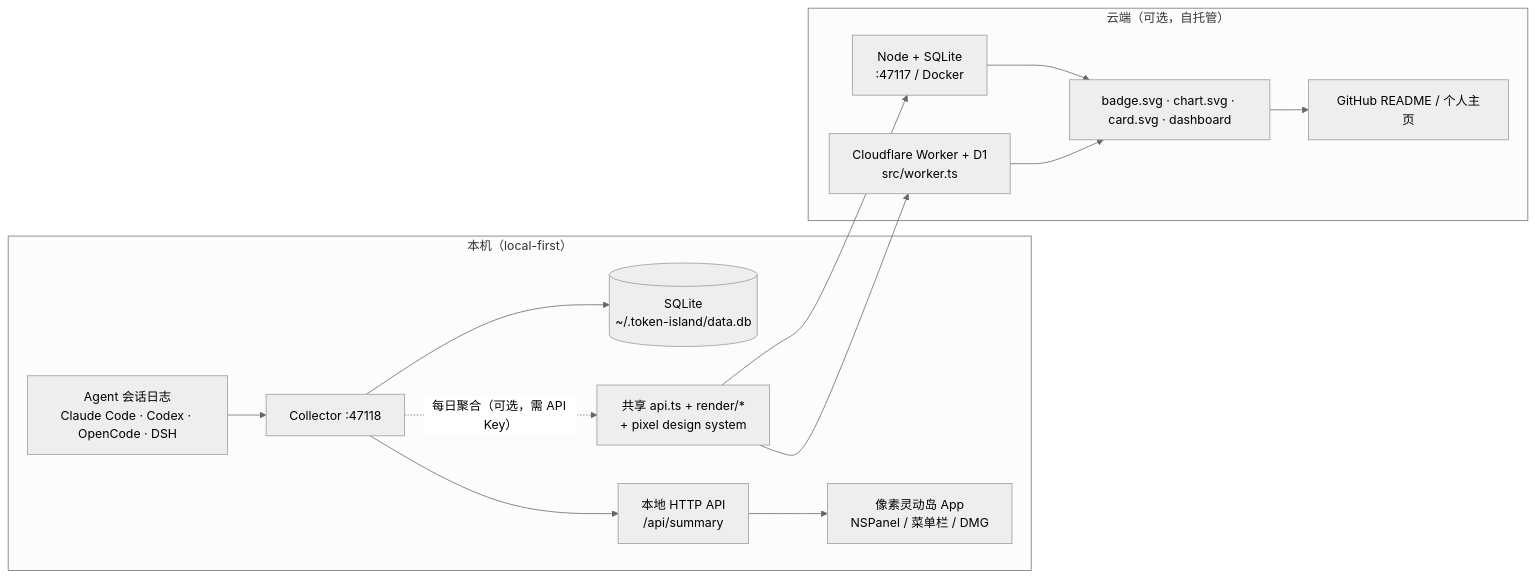
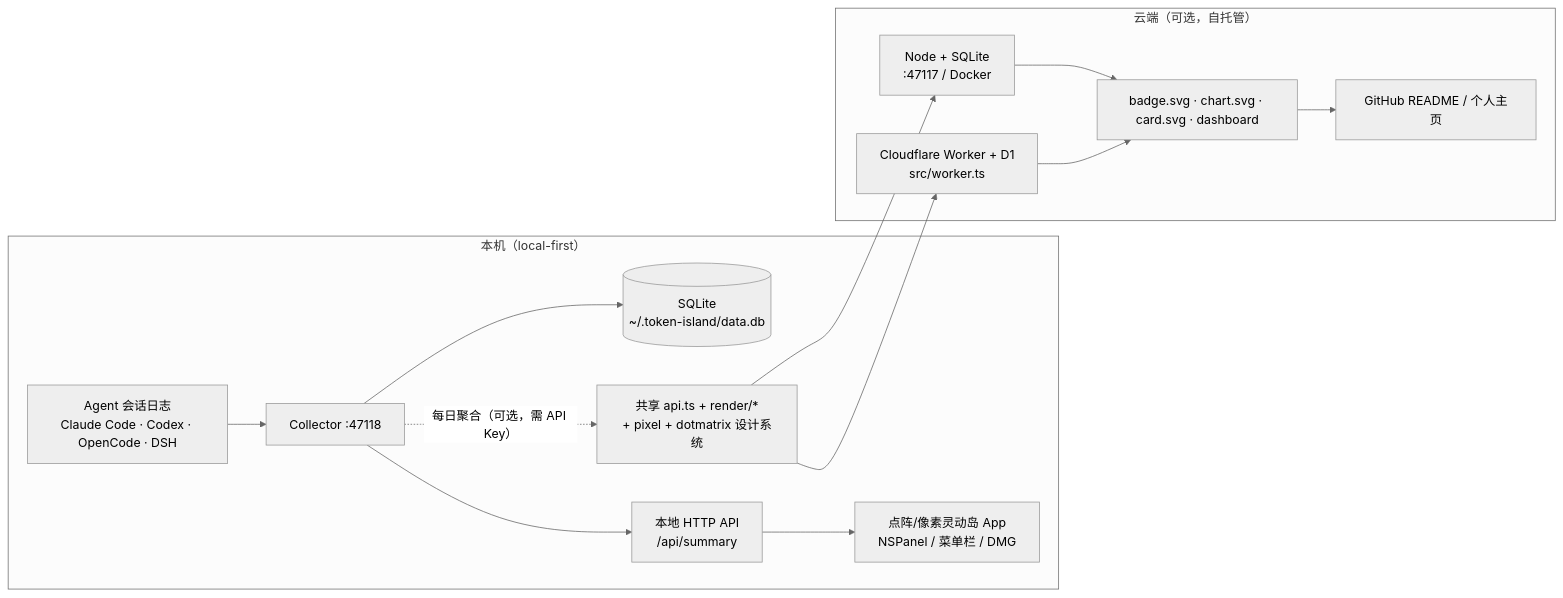
One commit to Leonezz/token-island changed the diagram in README.md. Above: the diagram before and after it, drawn with Mermaid (neutral theme). The commit also changed other lines of this file and 56 other files, not shown here.

Commit message:
feat(v3): selective dot-matrix for data marks (hero figure, charts, strips, LEDs) with readable text; v0.3.0 docs/screenshots

````diff
--- a/README.md
+++ b/README.md
@@ -102,18 +133,18 @@
 ```mermaid
 flowchart LR
   subgraph Local["本机（local-first）"]
     A["Agent 会话日志<br/>Claude Code · Codex · OpenCode · DSH"] --> B["Collector :47118"]
     B --> C[("SQLite<br/>~/.token-island/data.db")]
     B --> D["本地 HTTP API<br/>/api/summary"]
-    D --> E["像素灵动岛 App<br/>NSPanel / 菜单栏 / DMG"]
+    D --> E["点阵/像素灵动岛 App<br/>NSPanel / 菜单栏 / DMG"]
     B -. "每日聚合（可选，需 API Key）" .-> F
   end
   subgraph Cloud["云端（可选，自托管）"]
-    F["共享 api.ts + render/*<br/>+ pixel design system"]
+    F["共享 api.ts + render/*<br/>+ pixel + dotmatrix 设计系统"]
     F --> G["Node + SQLite<br/>:47117 / Docker"]
     F --> H["Cloudflare Worker + D1<br/>src/worker.ts"]
     G --> I["badge.svg · chart.svg · card.svg · dashboard"]
     H --> I
     I --> J["GitHub README / 个人主页"]
   end
 ```
````
